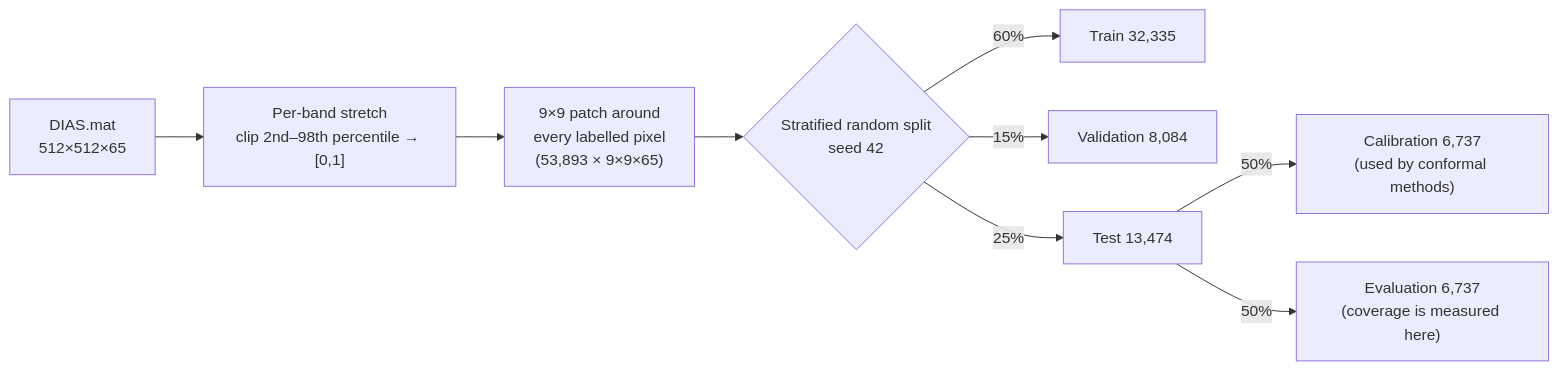
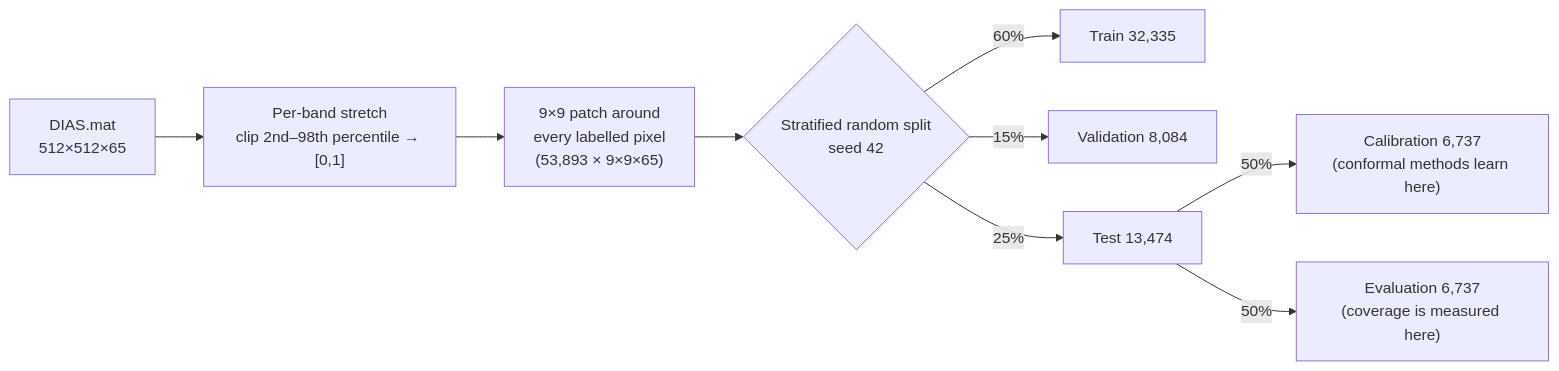
One commit to DaneshSelwal/classification_dias changed the first of 2 diagrams in README.md. Above: the diagram before and after it, drawn with Mermaid. The commit also changed other lines of this file and 38 other files, not shown here.

````diff
--- a/README.md
+++ b/README.md
@@ -145,11 +213,11 @@
 ```mermaid
 flowchart LR
     A["DIAS.mat<br/>512×512×65"] --> B["Per-band stretch<br/>clip 2nd–98th percentile → [0,1]"]
     B --> C["9×9 patch around<br/>every labelled pixel<br/>(53,893 × 9×9×65)"]
     C --> D{"Stratified random split<br/>seed 42"}
     D -->|60%| E["Train 32,335"]
     D -->|15%| F["Validation 8,084"]
     D -->|25%| G["Test 13,474"]
-    G -->|50%| H["Calibration 6,737<br/>(used by conformal methods)"]
+    G -->|50%| H["Calibration 6,737<br/>(conformal methods learn here)"]
     G -->|50%| I["Evaluation 6,737<br/>(coverage is measured here)"]
 ```
````
